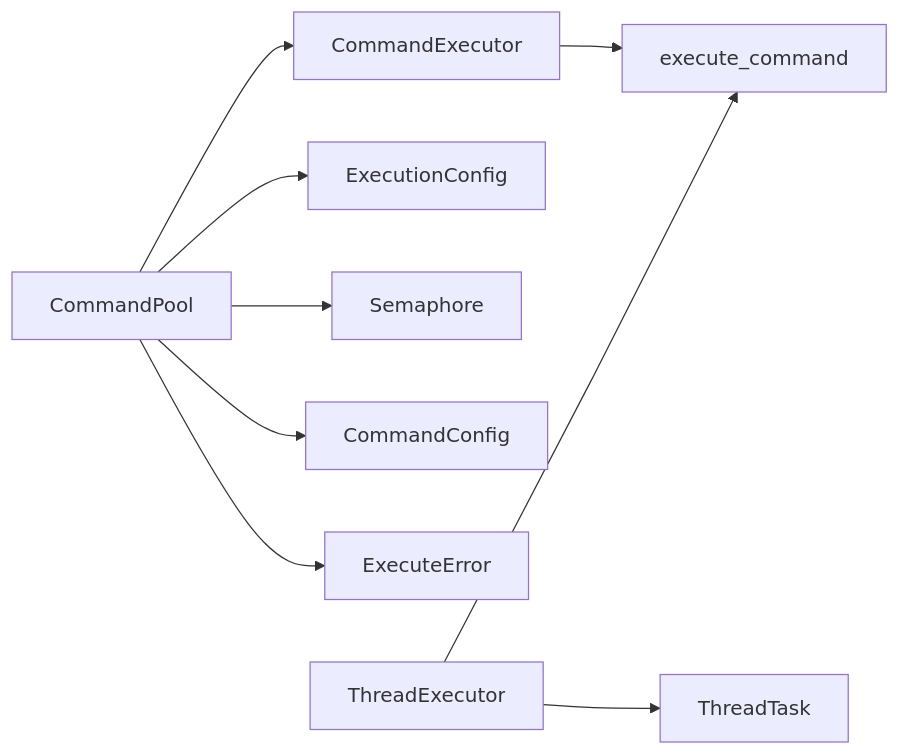
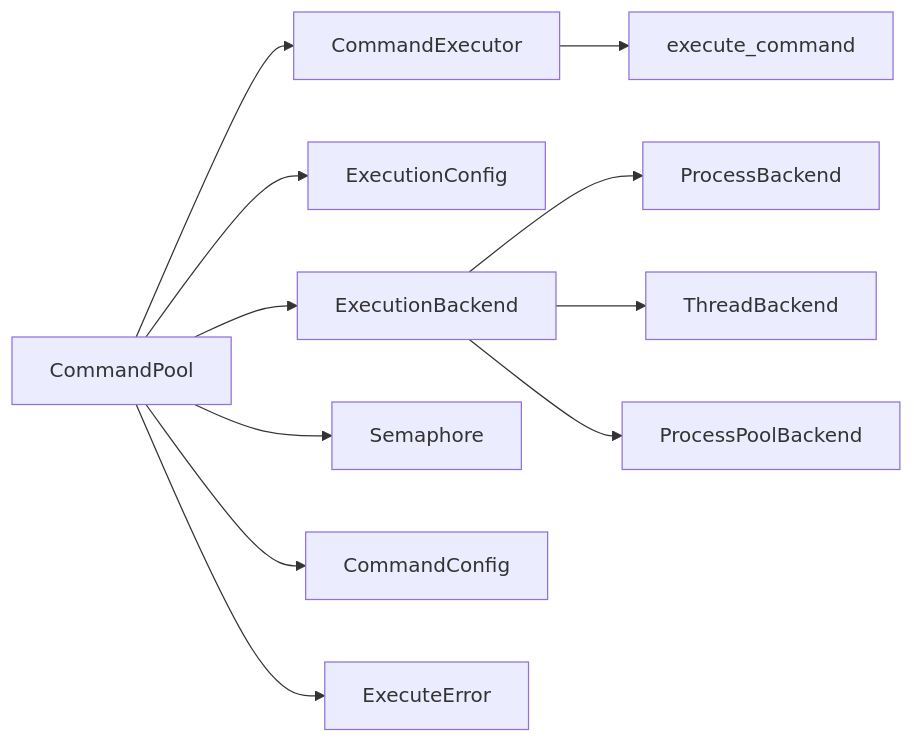
The sixth of 6 diagrams in .qoder/repowiki/zh/content/执行器系统/自定义执行器开发.md (xcry2006/execute), drawn with Mermaid before and after one commit. The commit also changed other lines of this file and 6 other files, not shown here.

````diff
--- a/.qoder/repowiki/zh/content/执行器系统/自定义执行器开发.md
+++ b/.qoder/repowiki/zh/content/执行器系统/自定义执行器开发.md
@@ -332,11 +289,13 @@
 ```mermaid
 graph LR
 CP["CommandPool"] --> CE["CommandExecutor"]
-CP --> EM["ExecutionConfig"]
+CP --> EC["ExecutionConfig"]
+CP --> EB["ExecutionBackend"]
 CP --> S["Semaphore"]
 CP --> C["CommandConfig"]
 CP --> ER["ExecuteError"]
 CE --> E["execute_command"]
-TE["ThreadExecutor"] --> TT["ThreadTask"]
-TE --> E
+EB --> PB["ProcessBackend"]
+EB --> TB["ThreadBackend"]
+EB --> PPB["ProcessPoolBackend"]
 ```
````
